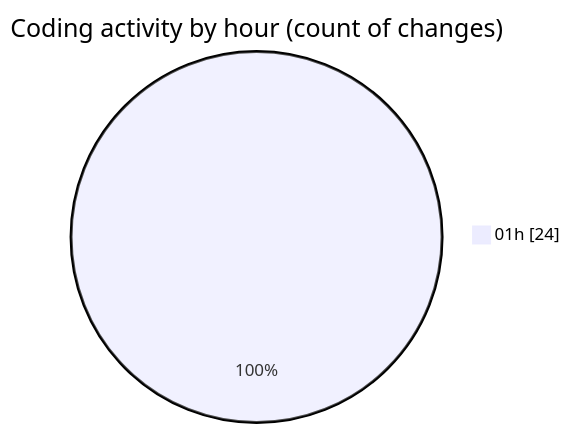
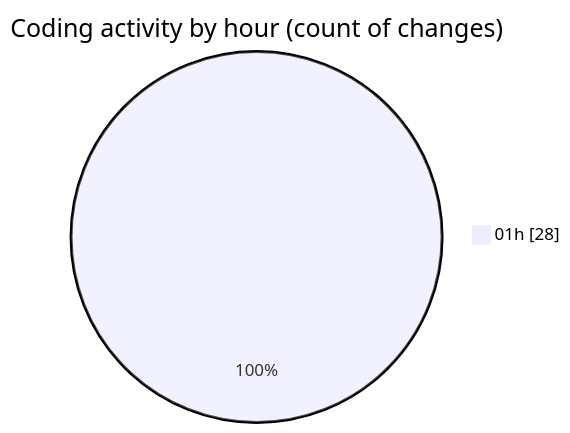
One commit to Netris89/code-tracking changed the second of 2 diagrams in 2025-10-25/skintrack/README.md. Above: the diagram before and after it, drawn with Mermaid. The commit also changed other lines of this file and 1 other file, not shown here.

````diff
--- a/2025-10-25/skintrack/README.md
+++ b/2025-10-25/skintrack/README.md
@@ -31,5 +32,5 @@
 ```mermaid
 pie showData
 title Coding activity by hour (count of changes)
-"01h" : 24
+"01h" : 28
 ```
````
